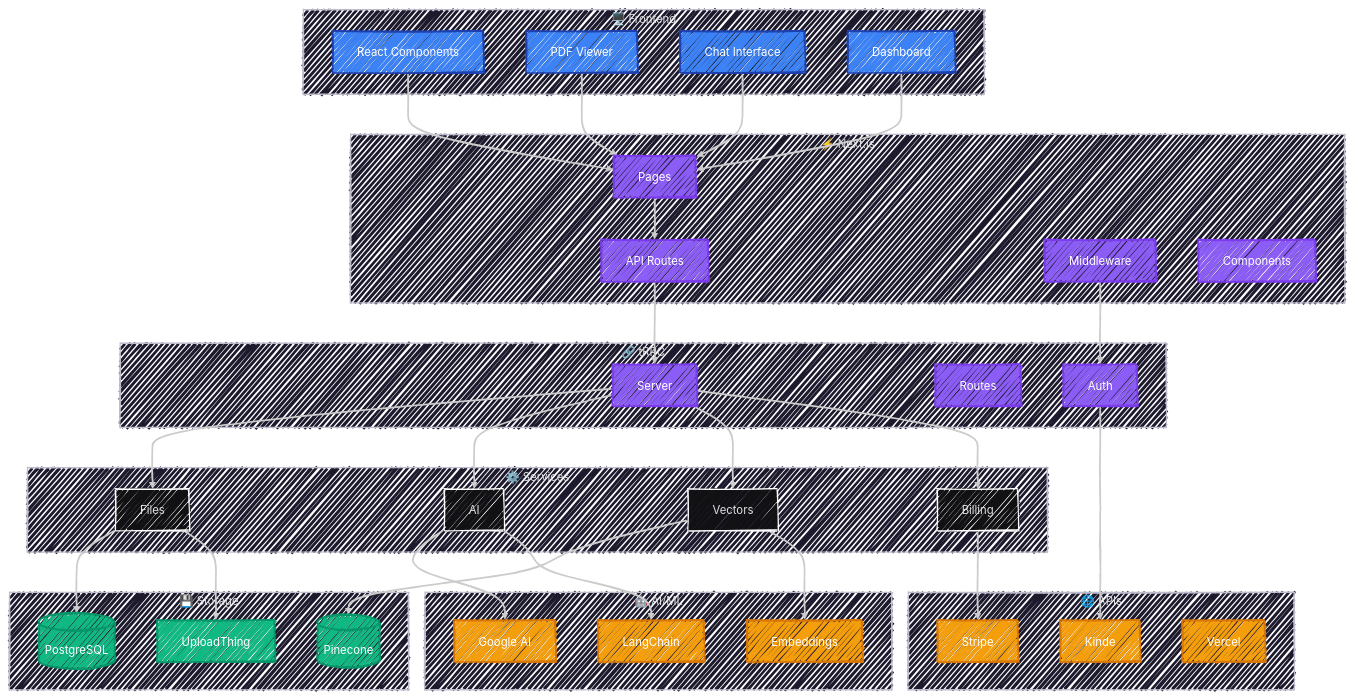
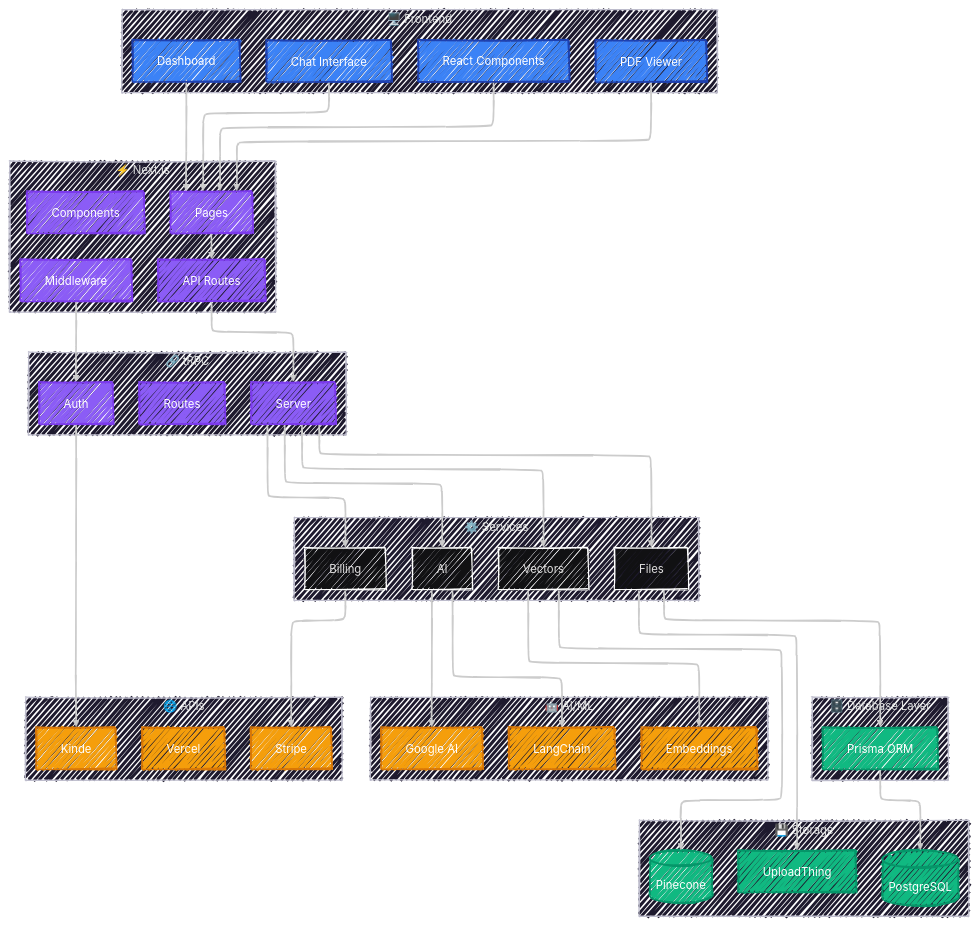
Before and after one commit to pra9711/lexinote: the first of 2 diagrams in README.md, drawn with Mermaid. The commit also changed other lines of this file, not shown here.

````diff
--- a/README.md
+++ b/README.md
@@ -232,50 +232,61 @@
 ```mermaid
 ---
 config:
-  layout: dagre
+  layout: elk
   look: handDrawn
   theme: redux-dark
   themeVariables: {}
 ---
 flowchart TB
- subgraph Frontend["🖥️ Frontend"]
+    subgraph Frontend["🖥️ Frontend"]
         UI["React Components"]
         PDF["PDF Viewer"]
         CHAT["Chat Interface"]
         DASH["Dashboard"]
-  end
- subgraph NextJS["⚡ Next.js"]
+    end
+    
+    subgraph NextJS["⚡ Next.js"]
         PAGES["Pages"]
         API["API Routes"]
         MW["Middleware"]
         SC["Components"]
-  end
- subgraph tRPCLayer["🔗 tRPC"]
+    end
+    
+    subgraph tRPCLayer["🔗 tRPC"]
         TRPC["Server"]
         ROUTES["Routes"]
         CTX["Auth"]
-  end
- subgraph CoreServices["⚙️ Services"]
+    end
+    
+    subgraph CoreServices["⚙️ Services"]
         FILE["Files"]
         AI_SERVICE["AI"]
         VECTOR["Vectors"]
         BILLING["Billing"]
-  end
- subgraph AIServices["🤖 AI/ML"]
+    end
+    
+    subgraph DatabaseLayer["🗄️ Database Layer"]
+        PRISMA["Prisma ORM"]
+    end
+    
+    subgraph AIServices["🤖 AI/ML"]
         GOOGLE_AI["Google AI"]
         LANGCHAIN["LangChain"]
         EMBEDDINGS["Embeddings"]
-  end
- subgraph DataStorage["💾 Storage"]
+    end
+    
+    subgraph DataStorage["💾 Storage"]
         POSTGRES[("PostgreSQL")]
         PINECONE[("Pinecone")]
         UPLOADS["UploadThing"]
-  end
- subgraph ExternalAPIs["🌐 APIs"]
+    end
+    
+    subgraph ExternalAPIs["🌐 APIs"]
         KINDE["Kinde"]
         STRIPE["Stripe"]
         VERCEL["Vercel"]
-  end
+    end
+    
     UI --> PAGES
     PDF --> PAGES
     CHAT --> PAGES
@@ -284,34 +295,40 @@
     API --> TRPC
     MW --> CTX
     TRPC --> FILE & AI_SERVICE & VECTOR & BILLING
-    FILE --> POSTGRES & UPLOADS
+    FILE --> PRISMA
+    PRISMA --> POSTGRES
+    FILE --> UPLOADS
     AI_SERVICE --> GOOGLE_AI & LANGCHAIN
     VECTOR --> PINECONE & EMBEDDINGS
     BILLING --> STRIPE
     CTX --> KINDE
-     UI:::frontend
-     PDF:::frontend
-     CHAT:::frontend
-     DASH:::frontend
-     PAGES:::backend
-     API:::backend
-     MW:::backend
-     SC:::backend
-     TRPC:::backend
-     ROUTES:::backend
-     CTX:::backend
-     GOOGLE_AI:::external
-     LANGCHAIN:::external
-     EMBEDDINGS:::external
-     POSTGRES:::database
-     PINECONE:::database
-     UPLOADS:::database
-     KINDE:::external
-     STRIPE:::external
-     VERCEL:::external
+    
+    UI:::frontend
+    PDF:::frontend
+    CHAT:::frontend
+    DASH:::frontend
+    PAGES:::backend
+    API:::backend
+    MW:::backend
+    SC:::backend
+    TRPC:::backend
+    ROUTES:::backend
+    CTX:::backend
+    PRISMA:::database
+    GOOGLE_AI:::external
+    LANGCHAIN:::external
+    EMBEDDINGS:::external
+    POSTGRES:::database
+    PINECONE:::database
+    UPLOADS:::database
+    KINDE:::external
+    STRIPE:::external
+    VERCEL:::external
+    
     classDef frontend fill:#3b82f6,stroke:#1e40af,stroke-width:2px,color:#ffffff
     classDef backend fill:#8b5cf6,stroke:#7c3aed,stroke-width:2px,color:#ffffff
     classDef database fill:#10b981,stroke:#059669,stroke-width:2px,color:#ffffff
     classDef external fill:#f59e0b,stroke:#d97706,stroke-width:2px,color:#ffffff
 
+
 ```
````
